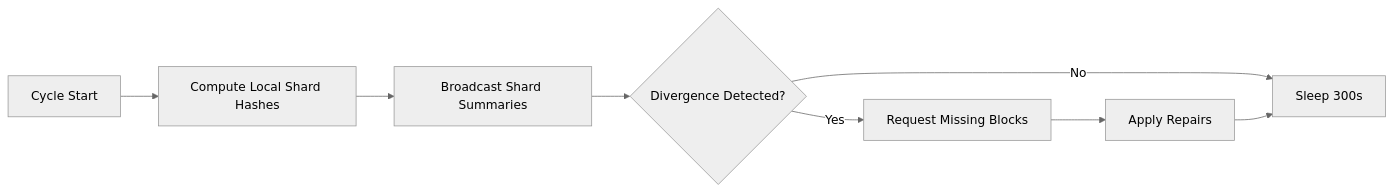
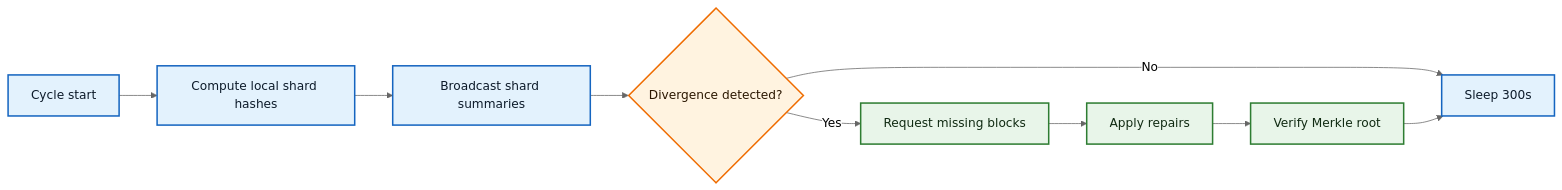
Before and after one commit to Mohi1038/distributed-memOS: the seventh of 12 diagrams in README.md, drawn with Mermaid (neutral theme). The commit also changed other lines of this file, not shown here.

````diff
--- a/README.md
+++ b/README.md
@@ -100,10 +360,15 @@
 ```mermaid
 graph LR
-    Start[Cycle Start] --> Hash[Compute Local Shard Hashes]
-    Hash --> Gossip[Broadcast Shard Summaries]
-    Gossip --> Compare{Divergence Detected?}
-    Compare -- Yes --> Sync[Request Missing Blocks]
-    Compare -- No --> Sleep[Sleep 300s]
-    Sync --> Repair[Apply Repairs]
-    Repair --> Sleep
+    classDef step fill:#e3f2fd,stroke:#1565c0,stroke-width:2px,color:#0d1b2a;
+    classDef decision fill:#fff3e0,stroke:#ef6c00,stroke-width:2px,color:#2b1700;
+    classDef repair fill:#e8f5e9,stroke:#2e7d32,stroke-width:2px,color:#102a12;
+
+    Start[Cycle start]:::step --> Hash[Compute local shard hashes]:::step
+    Hash --> Gossip[Broadcast shard summaries]:::step
+    Gossip --> Compare{Divergence detected?}:::decision
+    Compare -- Yes --> Sync[Request missing blocks]:::repair
+    Compare -- No --> Sleep[Sleep 300s]:::step
+    Sync --> Repair[Apply repairs]:::repair
+    Repair --> Verify[Verify Merkle root]:::repair
+    Verify --> Sleep
 ```
````
